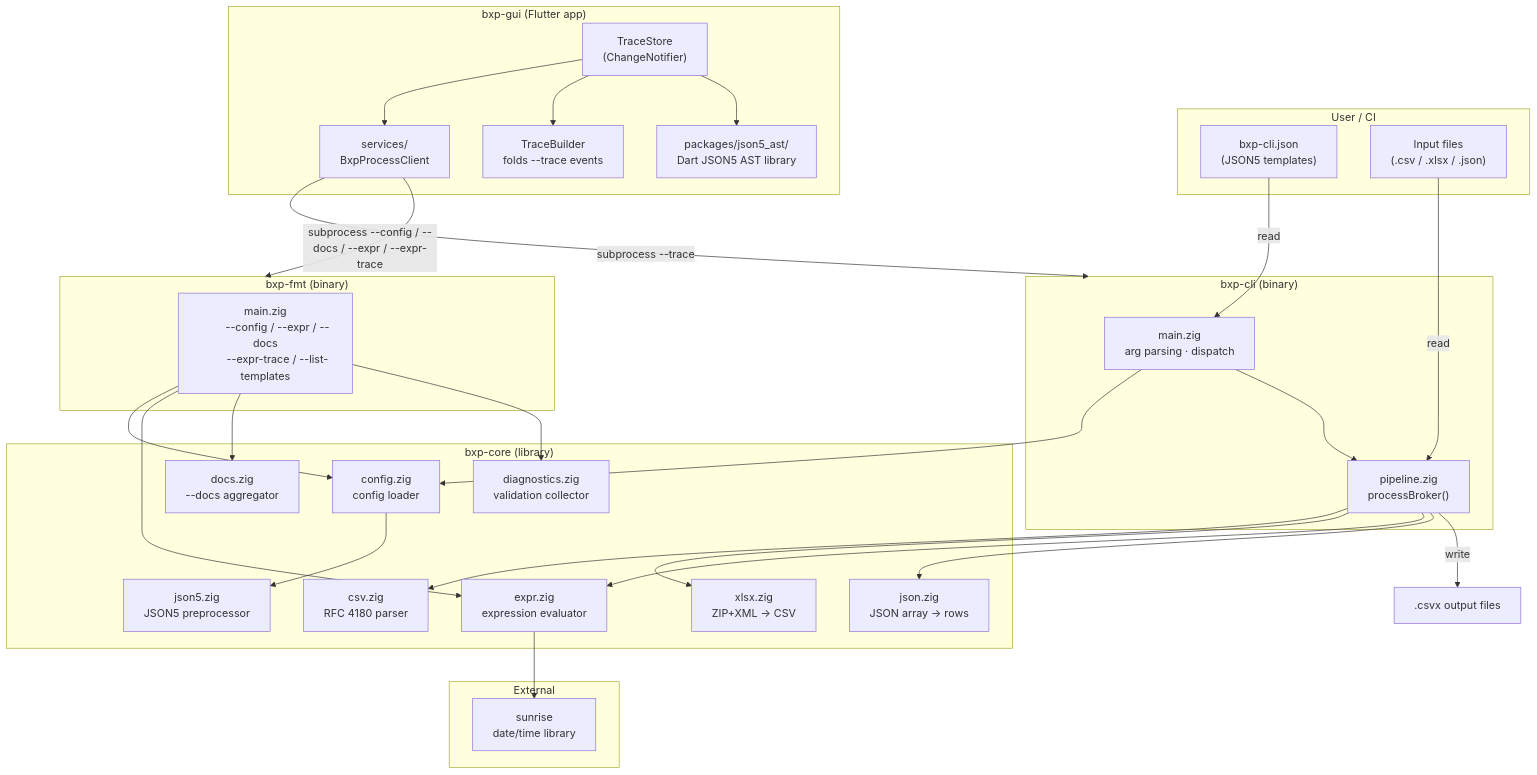
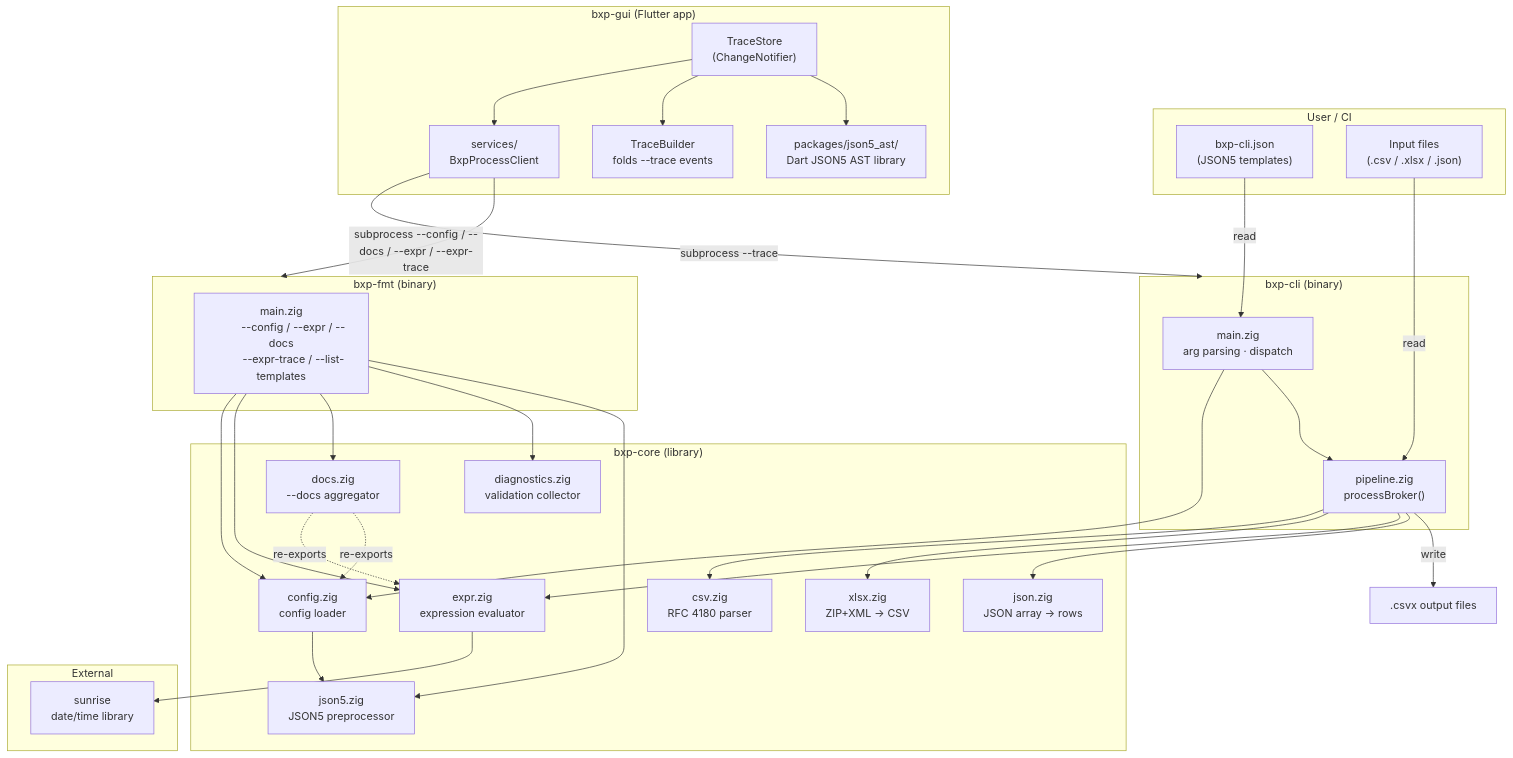
One commit to zaxified/bxp changed the first of 15 diagrams in docs/architecture.md. Above: the diagram before and after it, drawn with Mermaid. The commit also changed other lines of this file and 4 other files, not shown here.

```diff
--- a/docs/architecture.md
+++ b/docs/architecture.md
@@ -96,6 +102,10 @@
     FMTMAIN --> EXPR
     FMTMAIN --> DOCS
     FMTMAIN --> DIAG
+    FMTMAIN --> JSON5
+
+    DOCS -.re-exports.-> EXPR
+    DOCS -.re-exports.-> CFG2
 
     SVCS -->|subprocess --trace| CLI
     SVCS -->|subprocess --config / --docs / --expr / --expr-trace| FMT
```
